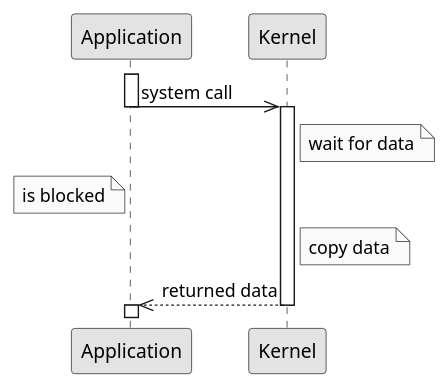
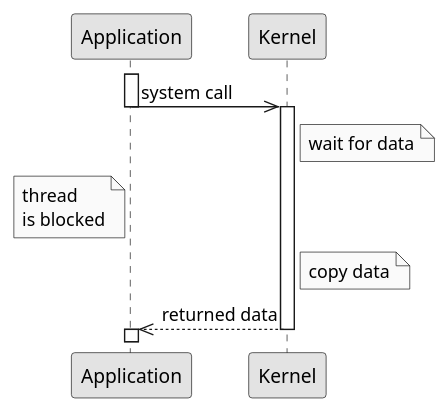
One commit to c0p4c4b4n4/demo-sockets-io-nio-nio2 changed the diagram in doc/plantuml/1. synchronous blocking IO model.puml. Above: the diagram before and after it, drawn with PlantUML.

```diff
--- a/doc/plantuml/1. synchronous blocking IO model.puml
+++ b/doc/plantuml/1. synchronous blocking IO model.puml
@@ -1,14 +1,14 @@
 @startuml
 skinparam monochrome true
 skinparam shadowing false
 activate Application
 Application->>Kernel: system call
 deactivate Application
 activate Kernel
 Note right of Kernel: wait for data
-Note left of Application: is blocked
+Note left of Application: thread\nis blocked
 Note right of Kernel: copy data
 Kernel-->>Application: returned data
 deactivate Kernel
 activate Application
 @enduml
```
